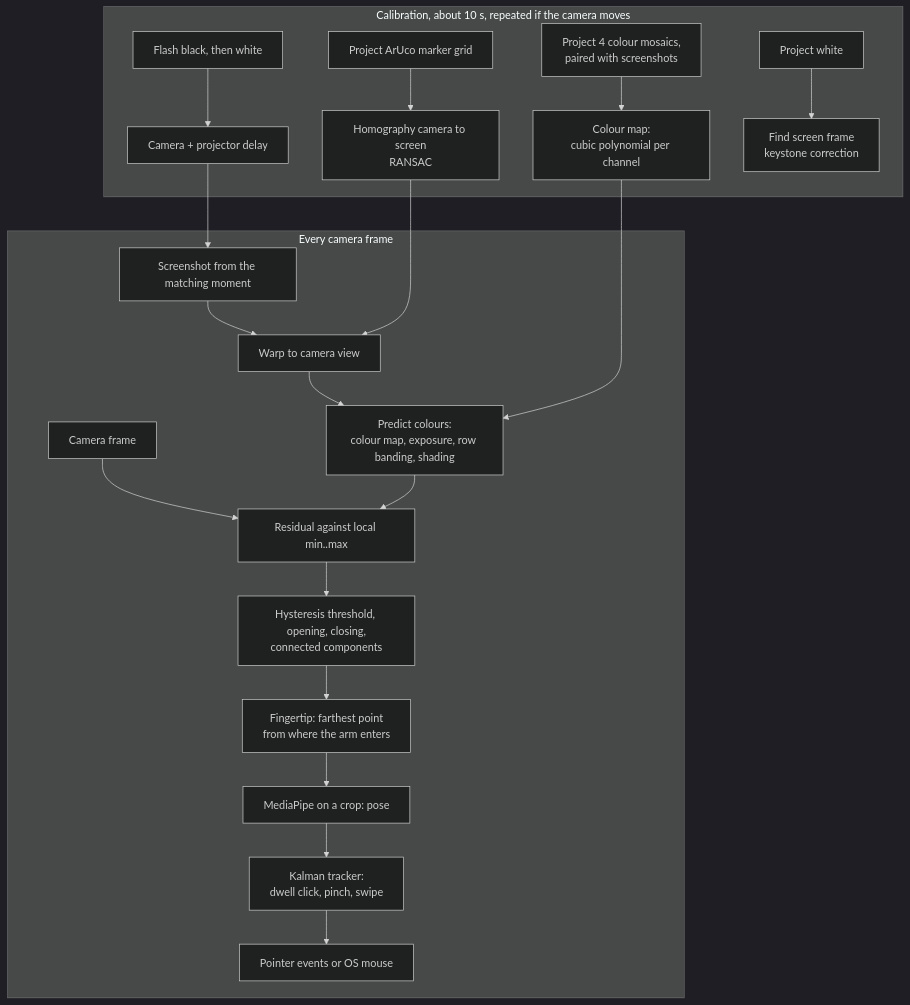
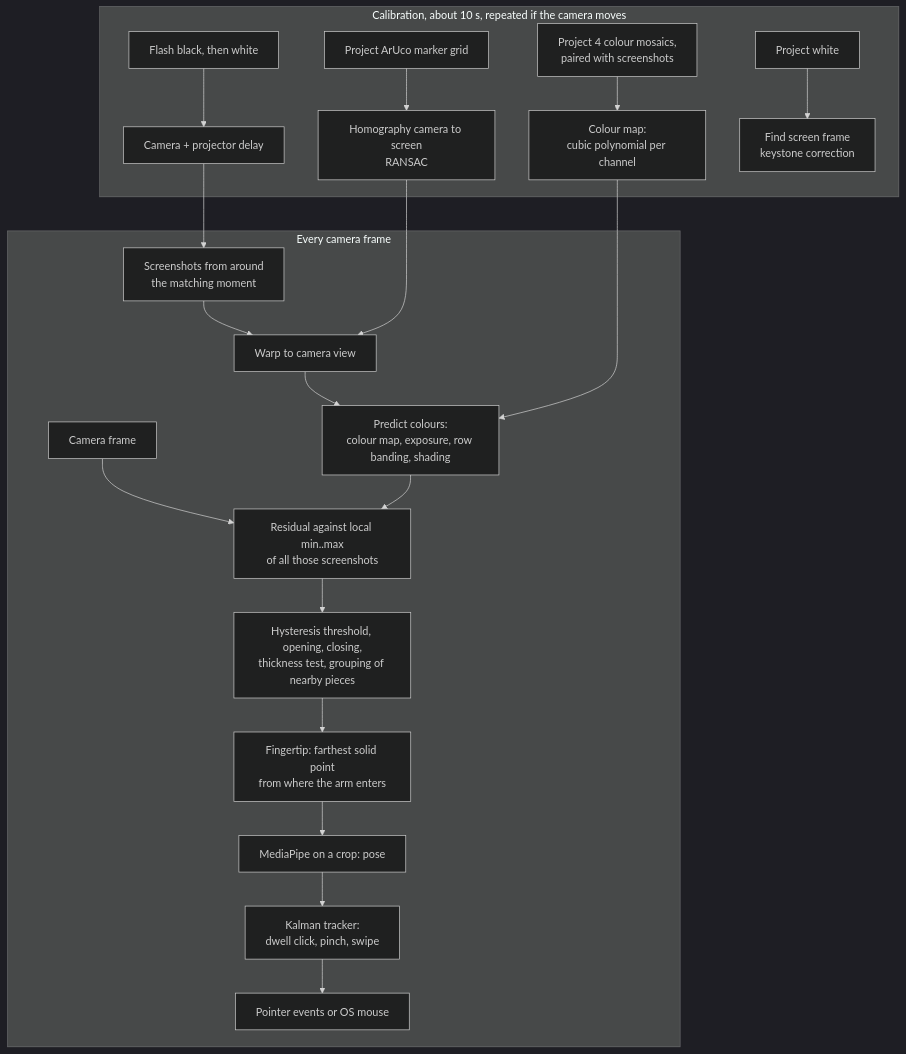
Before and after one commit to jweaker/visiontouch: the diagram in docs/report.md, drawn with Mermaid (dark theme). The commit also changed other lines of this file and 18 other files, not shown here.

````diff
--- a/docs/report.md
+++ b/docs/report.md
@@ -79,22 +79,22 @@
 ```mermaid
 flowchart TB
     subgraph Calibration [Calibration, about 10 s, repeated if the camera moves]
         C1[Project ArUco marker grid] --> C2[Homography camera to screen<br/>RANSAC]
         C3[Project 4 colour mosaics,<br/>paired with screenshots] --> C4[Colour map:<br/>cubic polynomial per channel]
         C5[Flash black, then white] --> C6[Camera + projector delay]
         C7[Project white] --> C8[Find screen frame<br/>keystone correction]
     end
     subgraph Frame [Every camera frame]
         F1[Camera frame] --> F5
-        F2[Screenshot from the matching moment] --> F3[Warp to camera view] --> F4[Predict colours:<br/>colour map, exposure, row banding, shading]
-        F4 --> F5[Residual against local min..max]
-        F5 --> F6[Hysteresis threshold, opening, closing,<br/>connected components]
-        F6 --> F7[Fingertip: farthest point<br/>from where the arm enters]
+        F2[Screenshots from around<br/>the matching moment] --> F3[Warp to camera view] --> F4[Predict colours:<br/>colour map, exposure, row banding, shading]
+        F4 --> F5[Residual against local min..max<br/>of all those screenshots]
+        F5 --> F6[Hysteresis threshold, opening, closing,<br/>thickness test, grouping of nearby pieces]
+        F6 --> F7[Fingertip: farthest solid point<br/>from where the arm enters]
         F7 --> F8[MediaPipe on a crop: pose]
         F8 --> F9[Kalman tracker:<br/>dwell click, pinch, swipe]
         F9 --> F10[Pointer events or OS mouse]
     end
     C2 --> F3
     C4 --> F4
     C6 --> F2
 ```
````
